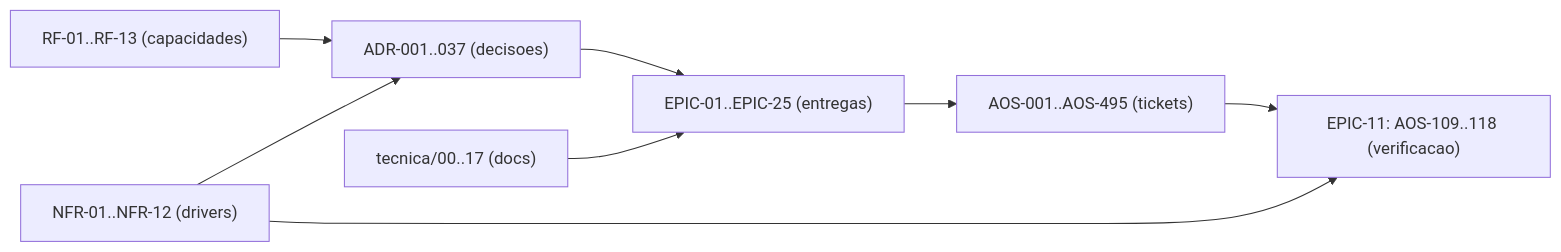
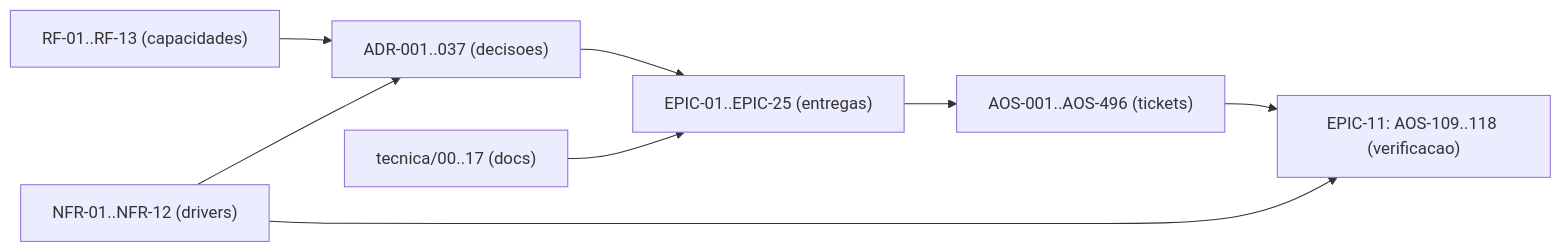
One commit to albinoJimy/aos changed the diagram in tecnica/16_Rastreabilidade_RTM.md. Above: the diagram before and after it, drawn with Mermaid. The commit also changed other lines of this file and 8 other files, not shown here.

````diff
--- a/tecnica/16_Rastreabilidade_RTM.md
+++ b/tecnica/16_Rastreabilidade_RTM.md
@@ -205,10 +205,10 @@
 ```mermaid
 flowchart LR
     RF["RF-01..RF-13 (capacidades)"] --> ADR["ADR-001..037 (decisoes)"]
     NFR["NFR-01..NFR-12 (drivers)"] --> ADR
     ADR --> EPIC["EPIC-01..EPIC-25 (entregas)"]
-    EPIC --> TICK["AOS-001..AOS-495 (tickets)"]
+    EPIC --> TICK["AOS-001..AOS-496 (tickets)"]
     DOC["tecnica/00..17 (docs)"] --> EPIC
     TICK --> TEST["EPIC-11: AOS-109..118 (verificacao)"]
     NFR --> TEST
 ```
````
